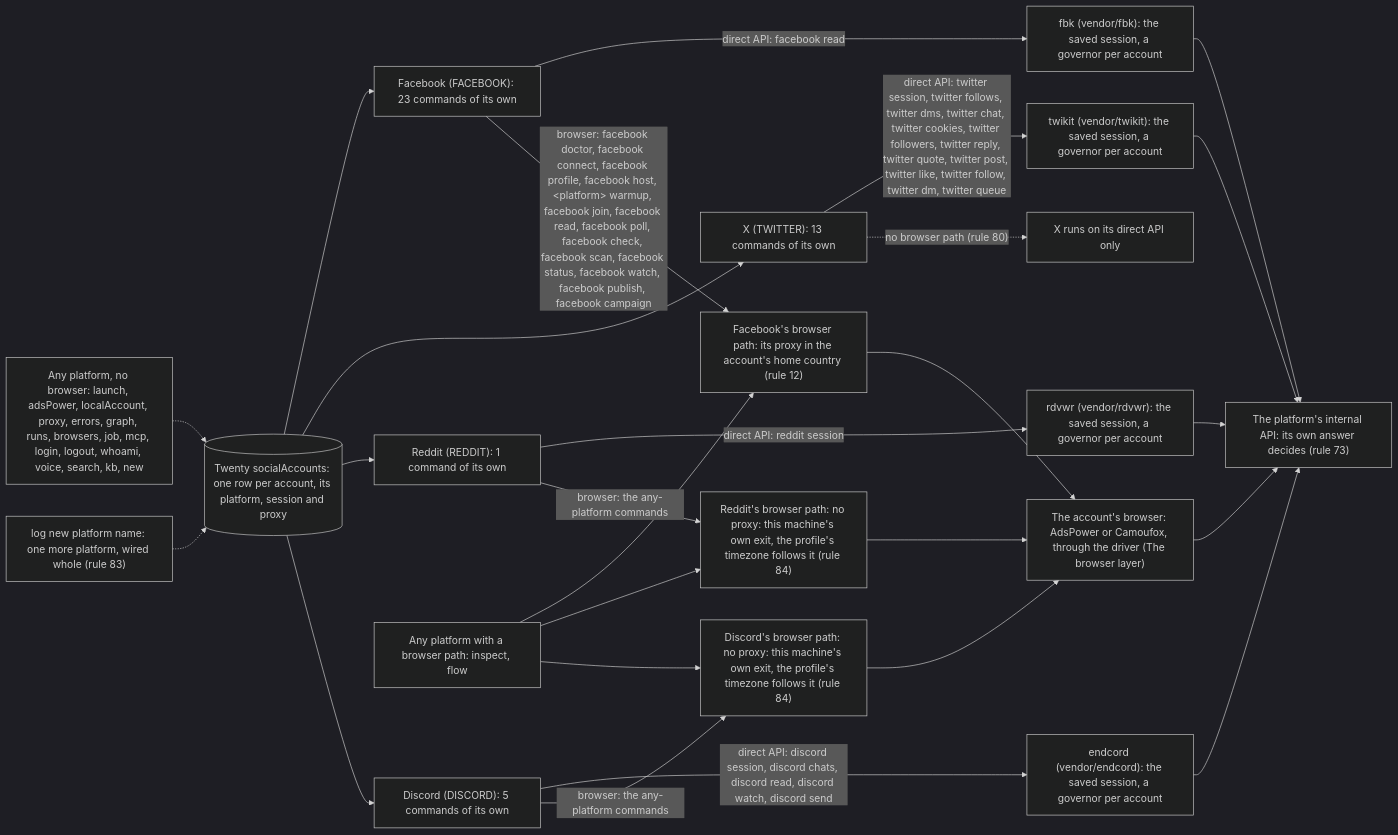
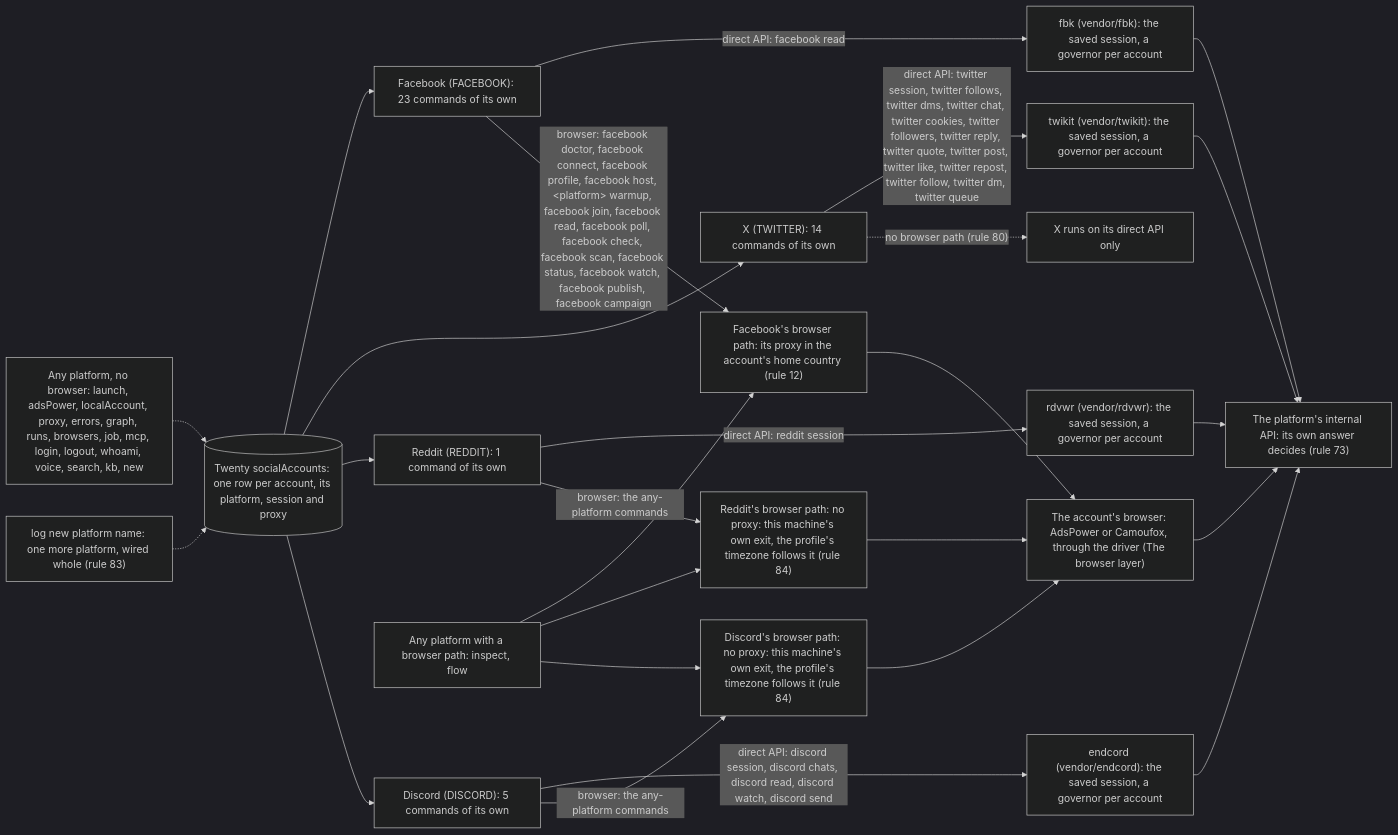
One commit to matthewdonsemail-lab/log changed the diagram in docs/diagrams/platforms.mmd. Above: the diagram before and after it, drawn with Mermaid (dark theme). The commit also changed 31 other files, not shown here.

First line of the commit message:
feat: every account local, X at 90 writes a day, log twitter repost

```diff
--- a/docs/diagrams/platforms.mmd
+++ b/docs/diagrams/platforms.mmd
@@ -1,37 +1,37 @@
 %% The platforms. log-cli is platform-agnostic: each platform is a row in `PLATFORMS` and `PLATFORM_SITES` (`src/cli/runner/helpers/platforms.ts`), with its direct-API client from `DIRECT_ROUTES` (`src/directApi/engine`) and its browser path, with or without a proxy. A new one is made by `log new platform <name>` (rule 83).
 %% Written by `bun run docs:build` from the code (rule 56). Not edited by hand.
 flowchart LR
   twenty[("Twenty socialAccounts: one row per account, its platform, session and proxy")]
   api["The platform's internal API: its own answer decides (rule 73)"]
   drivers["The account's browser: AdsPower or Camoufox, through the driver (The browser layer)"]
   p_facebook["Facebook (FACEBOOK): 23 commands of its own"]
   twenty --> p_facebook
   p_facebook -->|"direct API: facebook read"| e_fbk["fbk (vendor/fbk): the saved session, a governor per account"]
   e_fbk --> api
   p_facebook -->|"browser: facebook doctor, facebook connect, facebook profile, facebook host, #lt;platform#gt; warmup, facebook join, facebook read, facebook poll, facebook check, facebook scan, facebook status, facebook watch, facebook publish, facebook campaign"| b_facebook["Facebook's browser path: its proxy in the account's home country (rule 12)"]
   b_facebook --> drivers
-  p_twitter["X (TWITTER): 13 commands of its own"]
+  p_twitter["X (TWITTER): 14 commands of its own"]
   twenty --> p_twitter
-  p_twitter -->|"direct API: twitter session, twitter follows, twitter dms, twitter chat, twitter cookies, twitter followers, twitter reply, twitter quote, twitter post, twitter like, twitter follow, twitter dm, twitter queue"| e_twikit["twikit (vendor/twikit): the saved session, a governor per account"]
+  p_twitter -->|"direct API: twitter session, twitter follows, twitter dms, twitter chat, twitter cookies, twitter followers, twitter reply, twitter quote, twitter post, twitter like, twitter repost, twitter follow, twitter dm, twitter queue"| e_twikit["twikit (vendor/twikit): the saved session, a governor per account"]
   e_twikit --> api
   p_twitter -.->|"no browser path (rule 80)"| nob_twitter["X runs on its direct API only"]
   p_reddit["Reddit (REDDIT): 1 command of its own"]
   twenty --> p_reddit
   p_reddit -->|"direct API: reddit session"| e_rdvwr["rdvwr (vendor/rdvwr): the saved session, a governor per account"]
   e_rdvwr --> api
   p_reddit -->|"browser: the any-platform commands"| b_reddit["Reddit's browser path: no proxy: this machine's own exit, the profile's timezone follows it (rule 84)"]
   b_reddit --> drivers
   p_discord["Discord (DISCORD): 5 commands of its own"]
   twenty --> p_discord
   p_discord -->|"direct API: discord session, discord chats, discord read, discord watch, discord send"| e_endcord["endcord (vendor/endcord): the saved session, a governor per account"]
   e_endcord --> api
   p_discord -->|"browser: the any-platform commands"| b_discord["Discord's browser path: no proxy: this machine's own exit, the profile's timezone follows it (rule 84)"]
   b_discord --> drivers
   anyB["Any platform with a browser path: inspect, flow"]
   anyB --> b_facebook
   anyB --> b_reddit
   anyB --> b_discord
   anyN["Any platform, no browser: launch, adsPower, localAccount, proxy, errors, graph, runs, browsers, job, mcp, login, logout, whoami, voice, search, kb, new"]
   anyN -.-> twenty
   newP["log new platform name: one more platform, wired whole (rule 83)"] -.-> twenty
   drivers --> api
```
